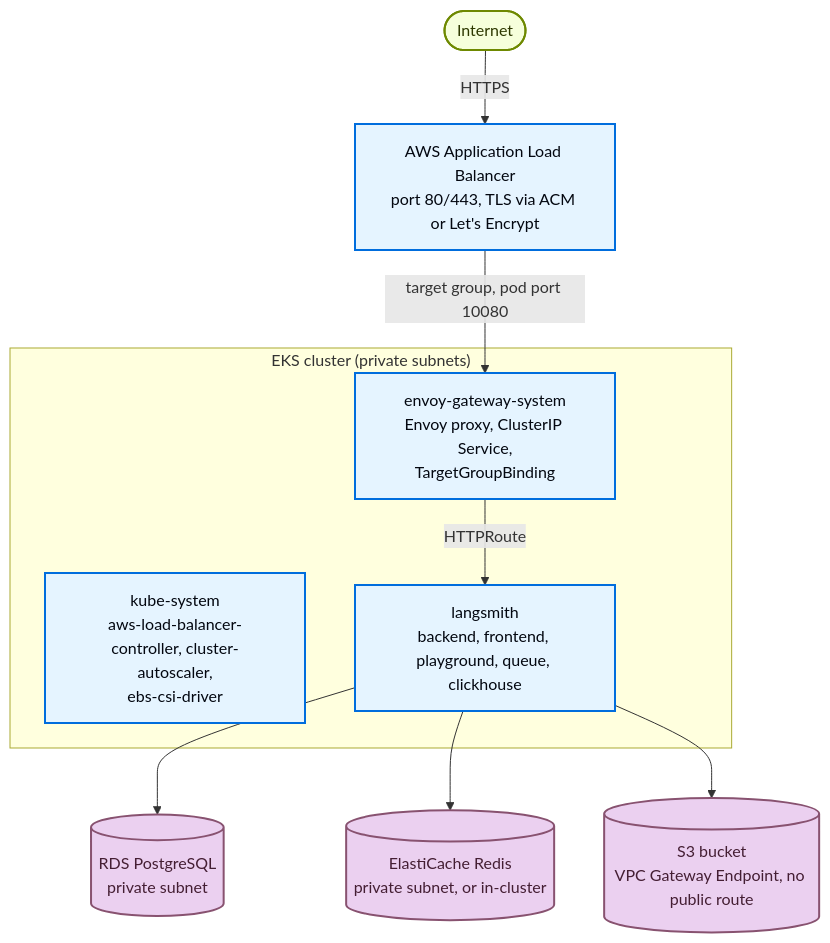
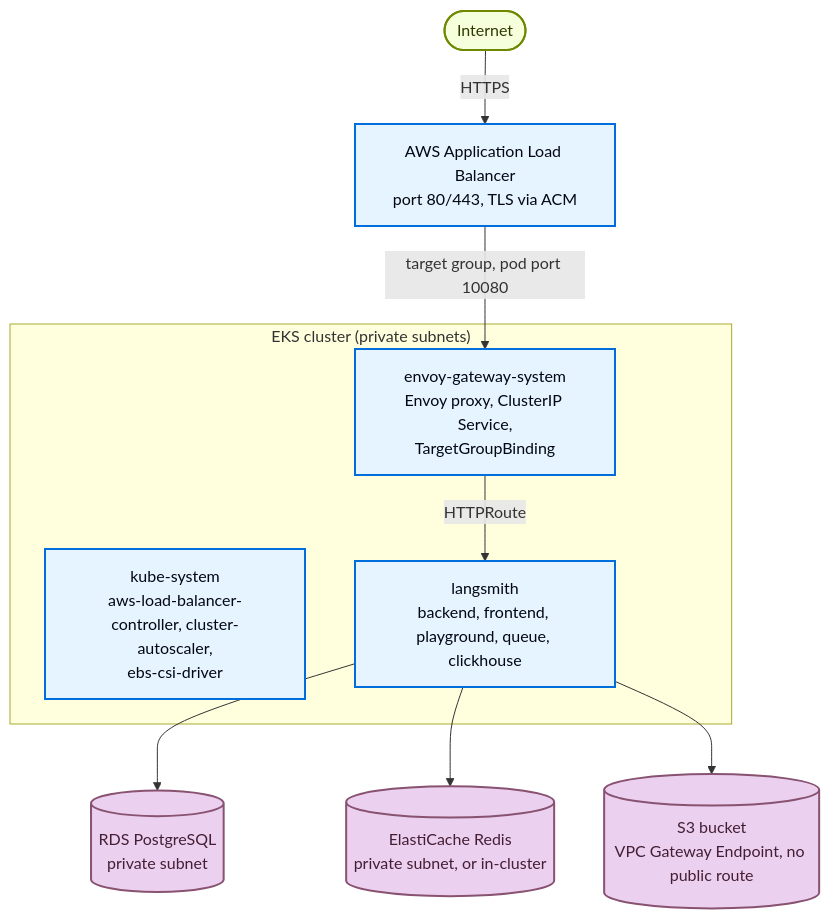
The first of 2 diagrams in src/langsmith/self-host-terraform-aws-architecture.mdx (langchain-ai/docs), drawn with Mermaid before and after one commit. The commit also changed other lines of this file and 4 other files, not shown here.

````diff
--- a/src/langsmith/self-host-terraform-aws-architecture.mdx
+++ b/src/langsmith/self-host-terraform-aws-architecture.mdx
@@ -161,30 +161,30 @@
 ```mermaid actions={false}
 graph TD
     Internet(["Internet"])
-    ALB["AWS Application Load Balancer<br/>port 80/443, TLS via ACM or Let's Encrypt"]
+    ALB["AWS Application Load Balancer<br/>port 80/443, TLS via ACM"]
 
     subgraph EKS["EKS cluster (private subnets)"]
         EGS["envoy-gateway-system<br/>Envoy proxy, ClusterIP Service,<br/>TargetGroupBinding"]
         KubeSystem["kube-system<br/>aws-load-balancer-controller, cluster-autoscaler,<br/>ebs-csi-driver"]
         LangSmith["langsmith<br/>backend, frontend, playground, queue, clickhouse"]
     end
 
     RDS[("RDS PostgreSQL<br/>private subnet")]
     Cache[("ElastiCache Redis<br/>private subnet, or in-cluster")]
     S3[("S3 bucket<br/>VPC Gateway Endpoint, no public route")]
 
     Internet -->|HTTPS| ALB
     ALB -->|target group, pod port 10080| EGS
     EGS -->|HTTPRoute| LangSmith
     LangSmith --> RDS
     LangSmith --> Cache
     LangSmith --> S3
 
     classDef trigger fill:#F6FFDB,stroke:#6E8900,stroke-width:2px,color:#2E3900
     classDef process fill:#E5F4FF,stroke:#006DDD,stroke-width:2px,color:#030710
     classDef output fill:#EBD0F0,stroke:#885270,stroke-width:2px,color:#441E33
 
     class Internet trigger
     class ALB,EGS,KubeSystem,LangSmith process
     class RDS,Cache,S3 output
 ```
````
